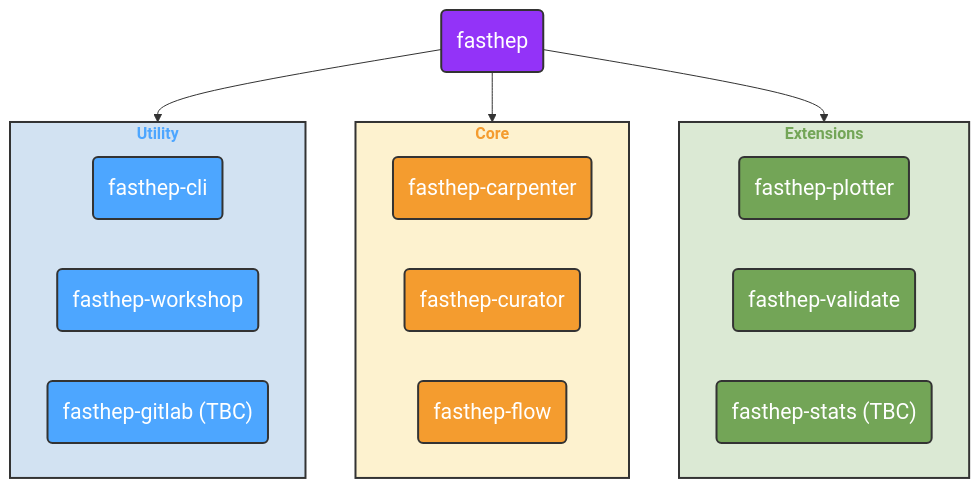
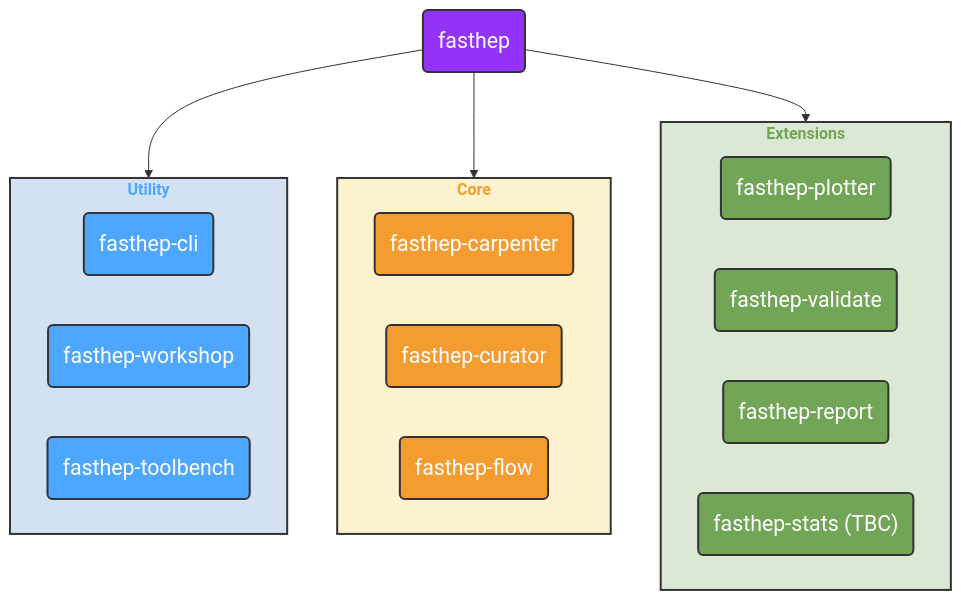
One commit to FAST-HEP/fast-hep.github.io changed the diagram in content/developers-corner/2025/package-restructure.md. Above: the diagram before and after it, drawn with Mermaid. The commit also changed other lines of this file, not shown here.

Commit message:
add fasthep-toolbench and fasthep-report

````diff
--- a/content/developers-corner/2025/package-restructure.md
+++ b/content/developers-corner/2025/package-restructure.md
@@ -17,46 +18,47 @@
 ```mermaid
 flowchart TB
     
     fasthep("fasthep")
     subgraph Utility["`**Utility**`"]
         cli("fasthep-cli")
         workshop("fasthep-workshop")
-        gitlab("fasthep-gitlab (TBC)")
+        toolbench("fasthep-toolbench")
     end
 
     subgraph Core["`**Core**`"]
 
         carpenter("fasthep-carpenter")
         curator("fasthep-curator")
         flow("fasthep-flow")
     end
 
     subgraph Extensions["`**Extensions**`"]
 
         plotter("fasthep-plotter")
         validate("fasthep-validate")
+        report("fasthep-report")
         stats("fasthep-stats (TBC)")
     end
 
     style fasthep fill:#9333f8,stroke:#333,stroke-width:2px,color:white,font-size:16pt;
 
     style Utility fill:#d2e2f2,stroke:#333,stroke-width:2px,color:#4da6ff,font-size:12pt;
     style cli fill:#4da6ff,stroke:#333,stroke-width:2px,color:white,font-size:16pt;
     style workshop fill:#4da6ff,stroke:#333,stroke-width:2px,color:white,font-size:16pt;
-    style gitlab fill:#4da6ff,stroke:#333,stroke-width:2px,color:white,font-size:16pt;
+    style toolbench fill:#4da6ff,stroke:#333,stroke-width:2px,color:white,font-size:16pt;
 
     style Core fill:#fdf2cf,stroke:#333,stroke-width:2px,color:#f49c2f,font-size:12pt;
     style carpenter fill:#f49c2f,stroke:#333,stroke-width:2px,color:white,font-size:16pt;
     style curator fill:#f49c2f,stroke:#333,stroke-width:2px,color:white,font-size:16pt;
     style flow fill:#f49c2f,stroke:#333,stroke-width:2px,color:white,font-size:16pt;
 
     style Extensions fill:#dbe9d4,stroke:#333,stroke-width:2px,color:#73a557,font-size:12pt;
     style plotter fill:#73a557,stroke:#333,stroke-width:2px,color:white,font-size:16pt;
     style validate fill:#73a557,stroke:#333,stroke-width:2px,color:white,font-size:16pt;
     style stats fill:#73a557,stroke:#333,stroke-width:2px,color:white,font-size:16pt;
-
+    style report fill:#73a557,stroke:#333,stroke-width:2px,color:white,font-size:16pt;
 
     fasthep --> Utility
     fasthep --> Core
     fasthep --> Extensions
 ```
````
